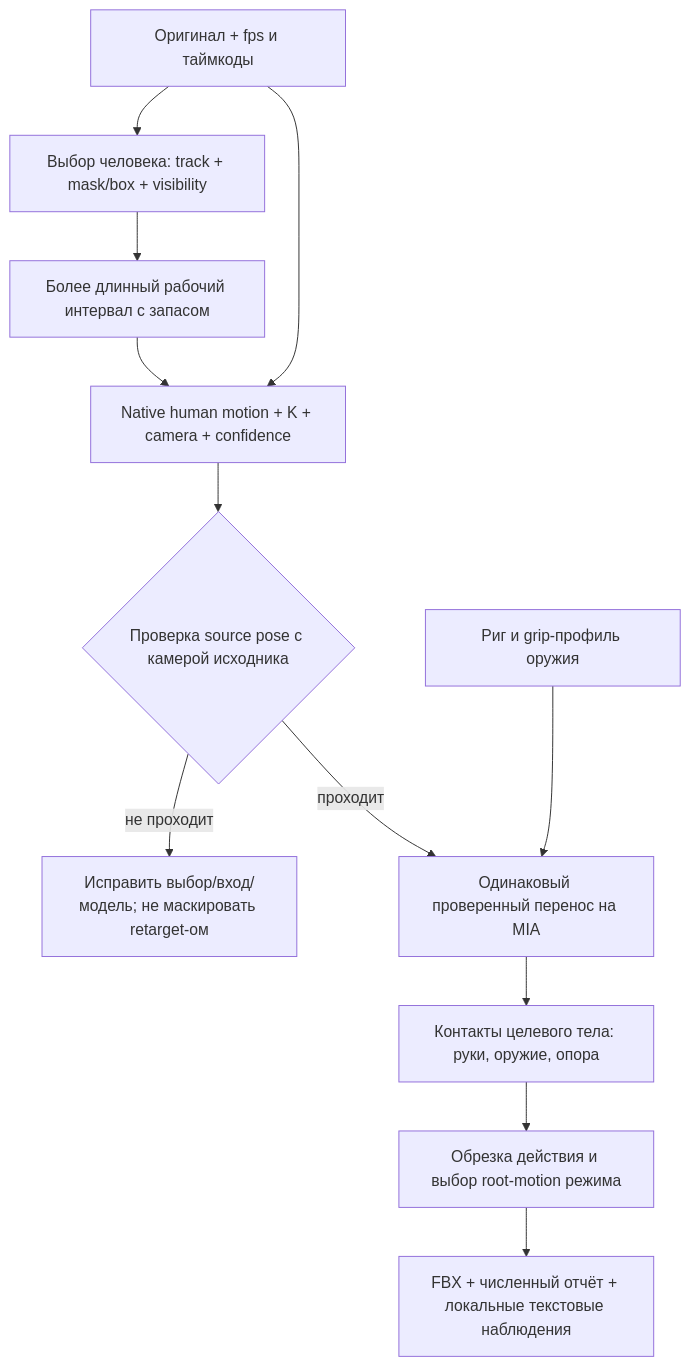
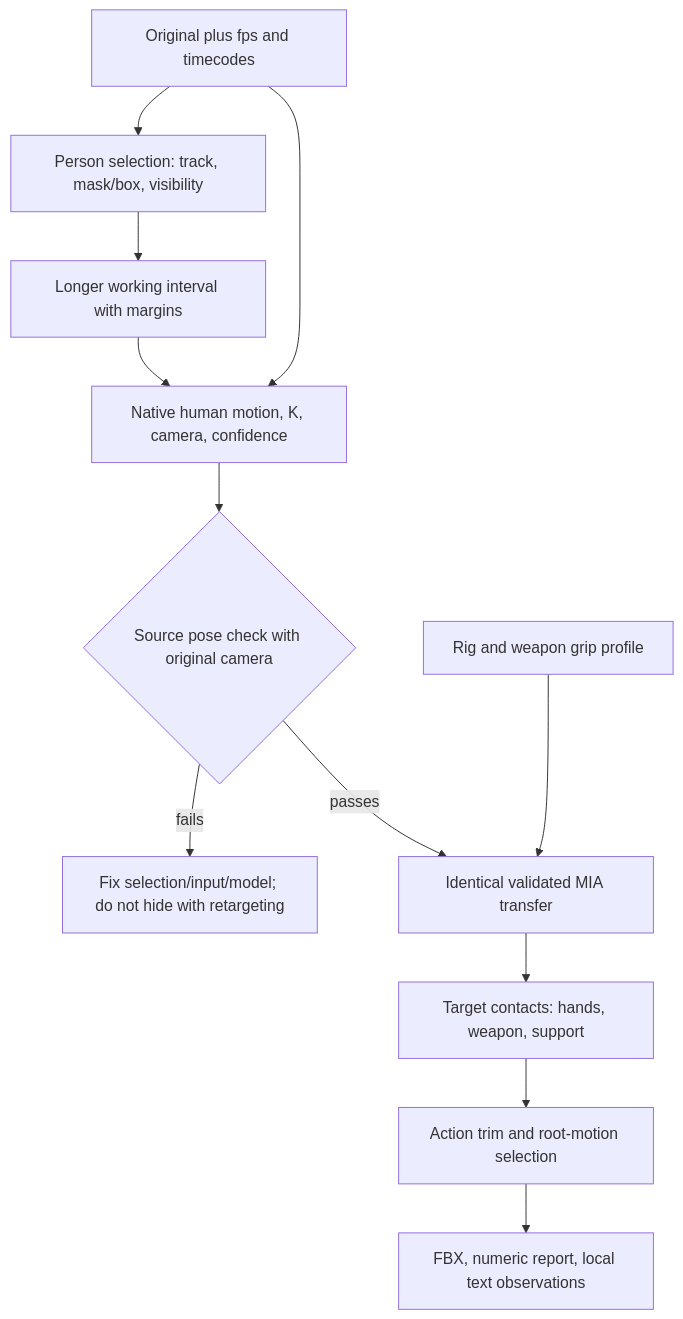
One commit to kvladsrc/gym changed the second of 2 diagrams in assets_studio/docs/reviews/animation-graphs.md. Above: the diagram before and after it, drawn with Mermaid. The commit also changed other lines of this file and 60 other files, not shown here.

````diff
--- a/assets_studio/docs/reviews/animation-graphs.md
+++ b/assets_studio/docs/reviews/animation-graphs.md
@@ -128,14 +119,15 @@
 ```mermaid
 flowchart TD
-    A[Оригинал + fps и таймкоды] --> B[Выбор человека: track + mask/box + visibility]
-    B --> C[Более длинный рабочий интервал с запасом]
-    C --> D[Native human motion + K + camera + confidence]
+    A[Original plus fps and timecodes]
+    A --> B[Person selection: track, mask/box, visibility]
+    B --> C[Longer working interval with margins]
+    C --> D[Native human motion, K, camera, confidence]
     A --> D
-    D --> E{Проверка source pose с камерой исходника}
-    E -->|не проходит| X[Исправить выбор/вход/модель; не маскировать retarget-ом]
-    E -->|проходит| F[Одинаковый проверенный перенос на MIA]
-    R[Риг и grip-профиль оружия] --> F
-    F --> G[Контакты целевого тела: руки, оружие, опора]
-    G --> H[Обрезка действия и выбор root-motion режима]
-    H --> I[FBX + численный отчёт + локальные текстовые наблюдения]
+    D --> E{Source pose check with original camera}
+    E -->|fails| X[Fix selection/input/model; do not hide with retargeting]
+    E -->|passes| F[Identical validated MIA transfer]
+    R[Rig and weapon grip profile] --> F
+    F --> G[Target contacts: hands, weapon, support]
+    G --> H[Action trim and root-motion selection]
+    H --> I[FBX, numeric report, local text observations]
 ```
````
